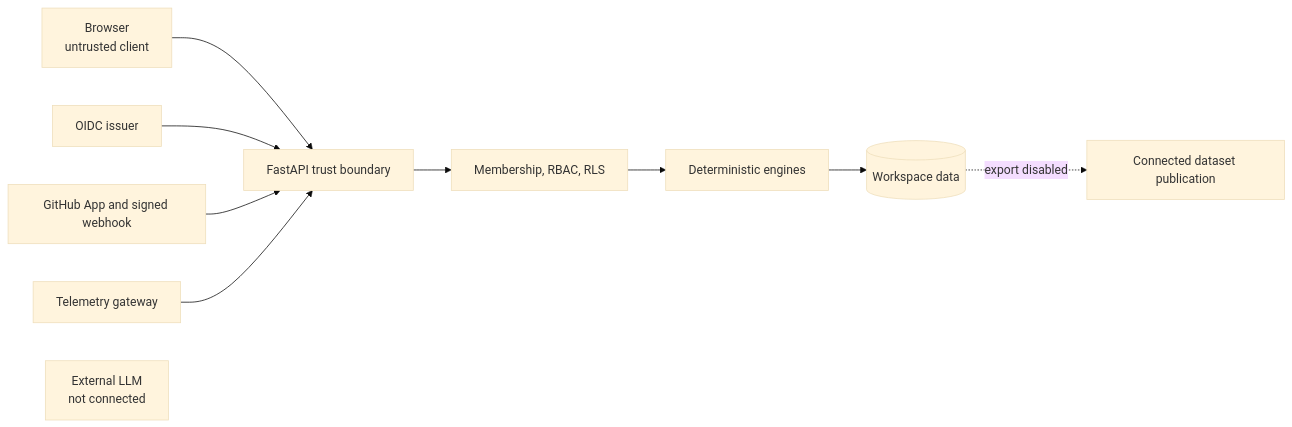
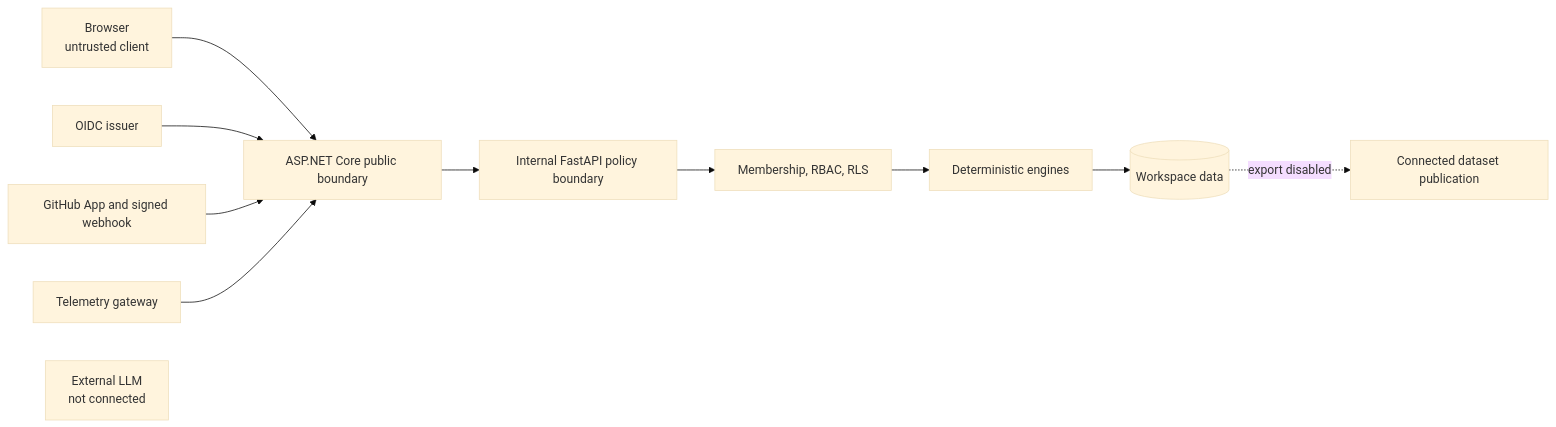
The diagram in docs/SECURITY.md (kingggg5/deployguardai), drawn with Mermaid (base theme) before and after one commit. The commit also changed other lines of this file and 98 other files, not shown here.

````diff
--- a/docs/SECURITY.md
+++ b/docs/SECURITY.md
@@ -58,12 +70,13 @@
 ```mermaid
 flowchart LR
-    Browser["Browser\nuntrusted client"] --> API["FastAPI trust boundary"]
-    OIDC["OIDC issuer"] --> API
-    GitHub["GitHub App and signed webhook"] --> API
-    Collector["Telemetry gateway"] --> API
+    Browser["Browser\nuntrusted client"] --> Edge["ASP.NET Core public boundary"]
+    OIDC["OIDC issuer"] --> Edge
+    GitHub["GitHub App and signed webhook"] --> Edge
+    Collector["Telemetry gateway"] --> Edge
+    Edge --> API["Internal FastAPI policy boundary"]
     API --> Tenant["Membership, RBAC, RLS"]
     Tenant --> Core["Deterministic engines"]
     Core --> DB[("Workspace data")]
     DB -. "export disabled" .-> Dataset["Connected dataset publication"]
     LLM["External LLM\nnot connected"]
 ```
````
